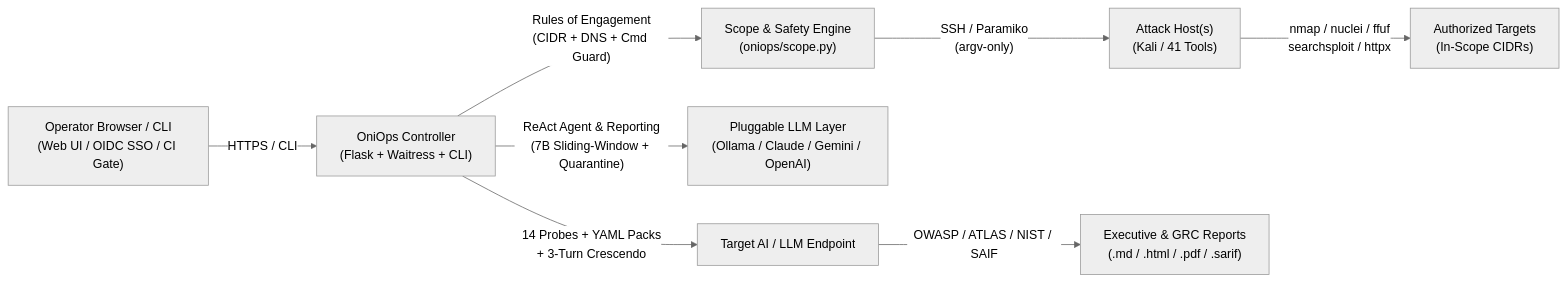
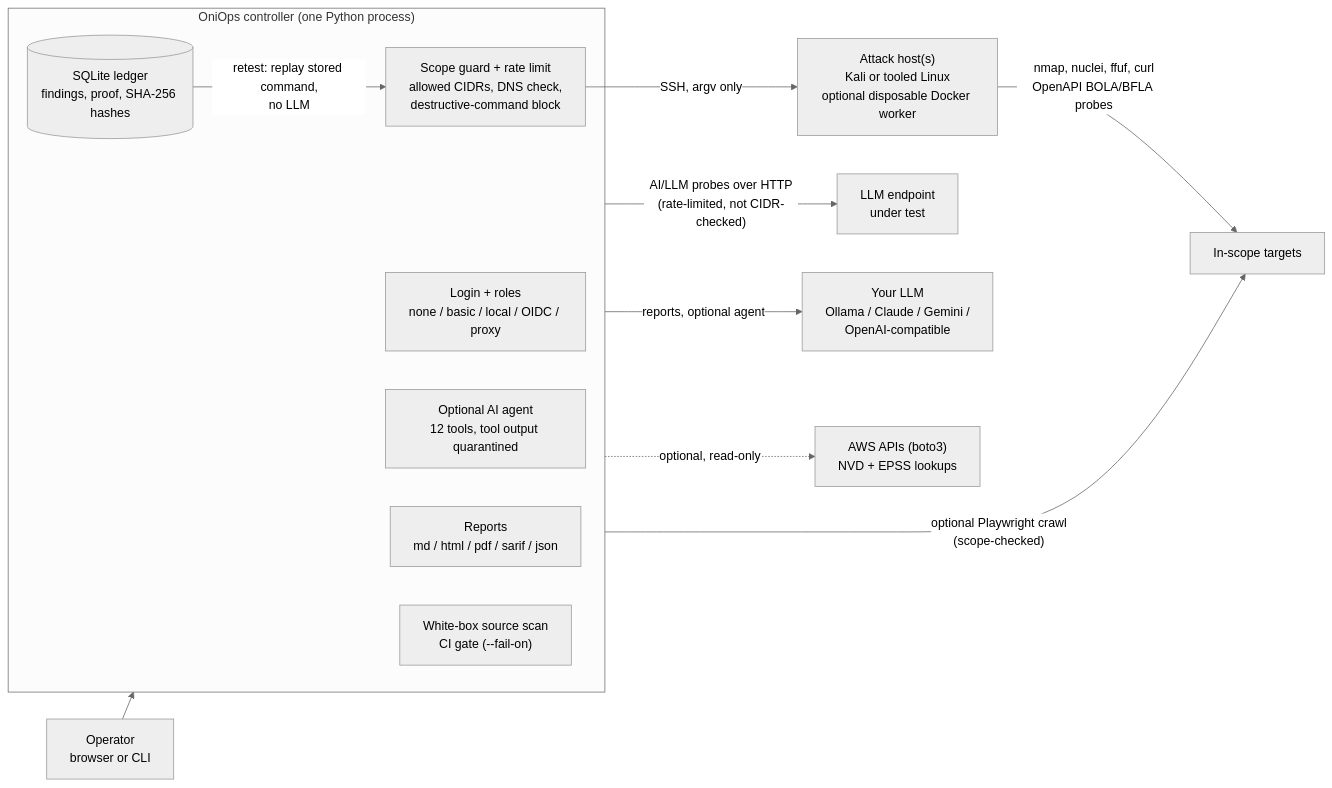
The diagram in README.md (ares-369/oni), drawn with Mermaid (neutral theme) before and after one commit. The commit also changed other lines of this file, not shown here.

Commit message:
docs: accurate architecture diagram
Shows what actually runs where: scope guard + SSH runner to the attack host
(optional Docker worker), controller-side Playwright crawl (scope-checked),
AI/LLM probes sent directly from the controller (rate-limited, not
CIDR-checked), optional AWS/NVD/EPSS lookups, the SQLite ledger and the
no-LLM retest path. Drops the old '41 tools' and 'GRC reports' labels.

````diff
--- a/README.md
+++ b/README.md
@@ -165,10 +165,21 @@
 ```mermaid
 flowchart LR
-    Op["Operator Browser / CLI\n(Web UI / OIDC SSO / CI Gate)"] -->|"HTTPS / CLI"| Ctrl["OniOps Controller\n(Flask + Waitress + CLI)"]
-    Ctrl -->|"Rules of Engagement\n(CIDR + DNS + Cmd Guard)"| Scope["Scope & Safety Engine\n(oniops/scope.py)"]
-    Scope -->|"SSH / Paramiko\n(argv-only)"| Kali["Attack Host(s)\n(Kali / 41 Tools)"]
-    Kali -->|"nmap / nuclei / ffuf\nsearchsploit / httpx"| Target["Authorized Targets\n(In-Scope CIDRs)"]
-    Ctrl -->|"ReAct Agent & Reporting\n(7B Sliding-Window + Quarantine)"| LLM["Pluggable LLM Layer\n(Ollama / Claude / Gemini / OpenAI)"]
-    Ctrl -->|"14 Probes + YAML Packs\n+ 3-Turn Crescendo"| AITarget["Target AI / LLM Endpoint"]
-    AITarget -->|"OWASP / ATLAS / NIST / SAIF"| GRC["Executive & GRC Reports\n(.md / .html / .pdf / .sarif)"]
+    Op["Operator<br/>browser or CLI"] --> Ctrl
+
+    subgraph Ctrl["OniOps controller (one Python process)"]
+        Auth["Login + roles<br/>none / basic / local / OIDC / proxy"]
+        Guard["Scope guard + rate limit<br/>allowed CIDRs, DNS check,<br/>destructive-command block"]
+        Agent["Optional AI agent<br/>12 tools, tool output quarantined"]
+        Ledger[("SQLite ledger<br/>findings, proof, SHA-256 hashes")]
+        Reports["Reports<br/>md / html / pdf / sarif / json"]
+        WB["White-box source scan<br/>CI gate (--fail-on)"]
+    end
+
+    Guard -->|"SSH, argv only"| Host["Attack host(s)<br/>Kali or tooled Linux<br/>optional disposable Docker worker"]
+    Host -->|"nmap, nuclei, ffuf, curl<br/>OpenAPI BOLA/BFLA probes"| Target["In-scope targets"]
+    Ctrl -->|"optional Playwright crawl<br/>(scope-checked)"| Target
+    Ctrl -->|"AI/LLM probes over HTTP<br/>(rate-limited, not CIDR-checked)"| AITarget["LLM endpoint<br/>under test"]
+    Ctrl -->|"reports, optional agent"| LLM["Your LLM<br/>Ollama / Claude / Gemini /<br/>OpenAI-compatible"]
+    Ctrl -.->|"optional, read-only"| Ext["AWS APIs (boto3)<br/>NVD + EPSS lookups"]
+    Ledger -->|"retest: replay stored command,<br/>no LLM"| Guard
 ```
````
